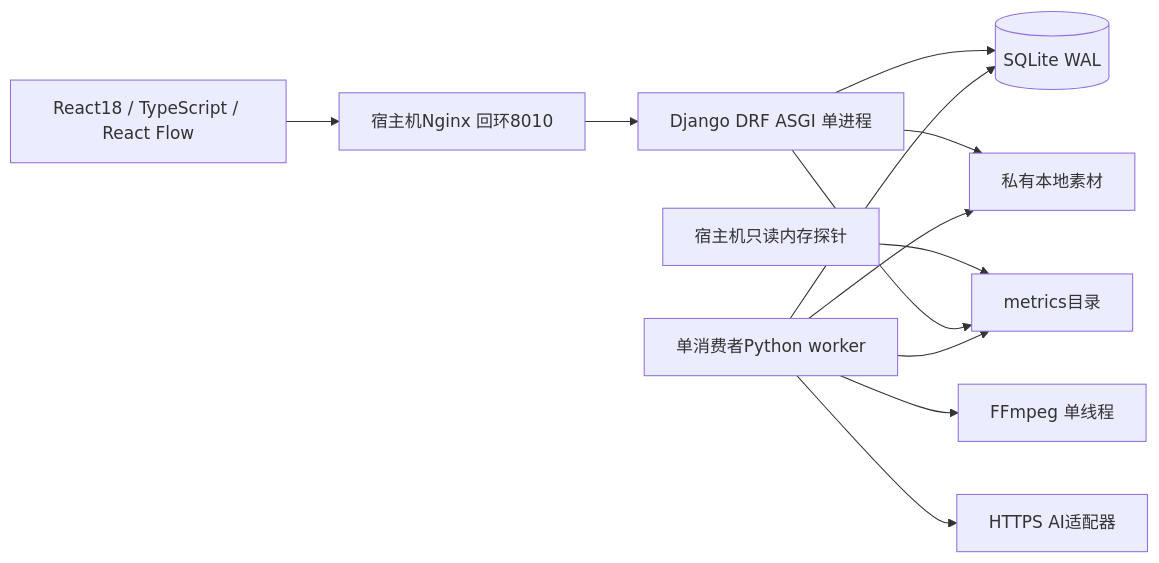
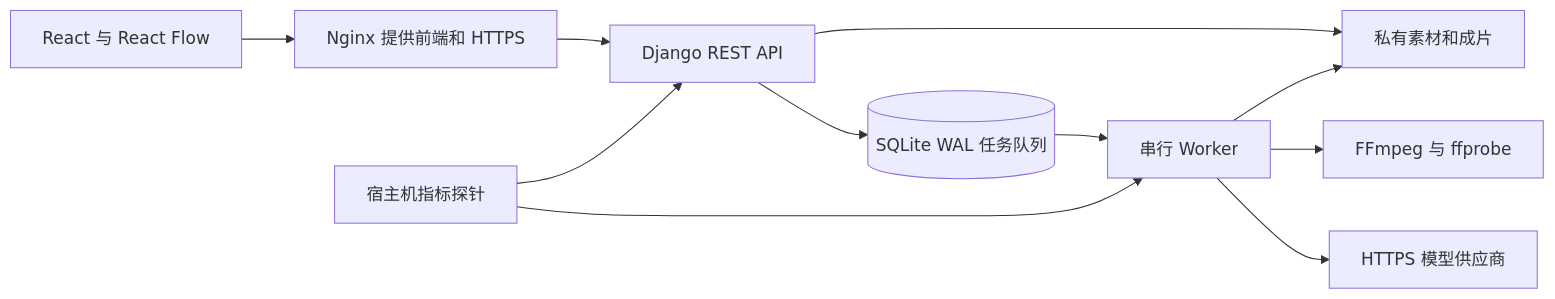
The diagram in docs/architecture.md (kongbai12374/storyframe-studio), drawn with Mermaid before and after one commit. The commit also changed other lines of this file and 21 other files, not shown here.

````diff
--- a/docs/architecture.md
+++ b/docs/architecture.md
@@ -3,14 +5,13 @@
 ```mermaid
 flowchart LR
- Browser[React18 / TypeScript / React Flow] --> Nginx[宿主机Nginx 回环8010]
- Nginx --> Web[Django DRF ASGI 单进程]
- Web --> DB[(SQLite WAL)]
- Worker[单消费者Python worker] --> DB
- Worker --> FFmpeg[FFmpeg 单线程]
- Web --> Media[私有本地素材]
+ Browser[React 与 React Flow] --> Nginx[Nginx 提供前端和 HTTPS]
+ Nginx --> Web[Django REST API]
+ Web --> Queue[(SQLite WAL 任务队列)]
+ Web --> Media[私有素材和成片]
+ Queue --> Worker[串行 Worker]
  Worker --> Media
- Worker --> Gateway[HTTPS AI适配器]
- Probe[宿主机只读内存探针] --> Metrics[metrics目录]
- Web --> Metrics
- Worker --> Metrics
+ Worker --> FFmpeg[FFmpeg 与 ffprobe]
+ Worker --> Provider[HTTPS 模型供应商]
+ Probe[宿主机指标探针] --> Web
+ Probe --> Worker
 ```
````
